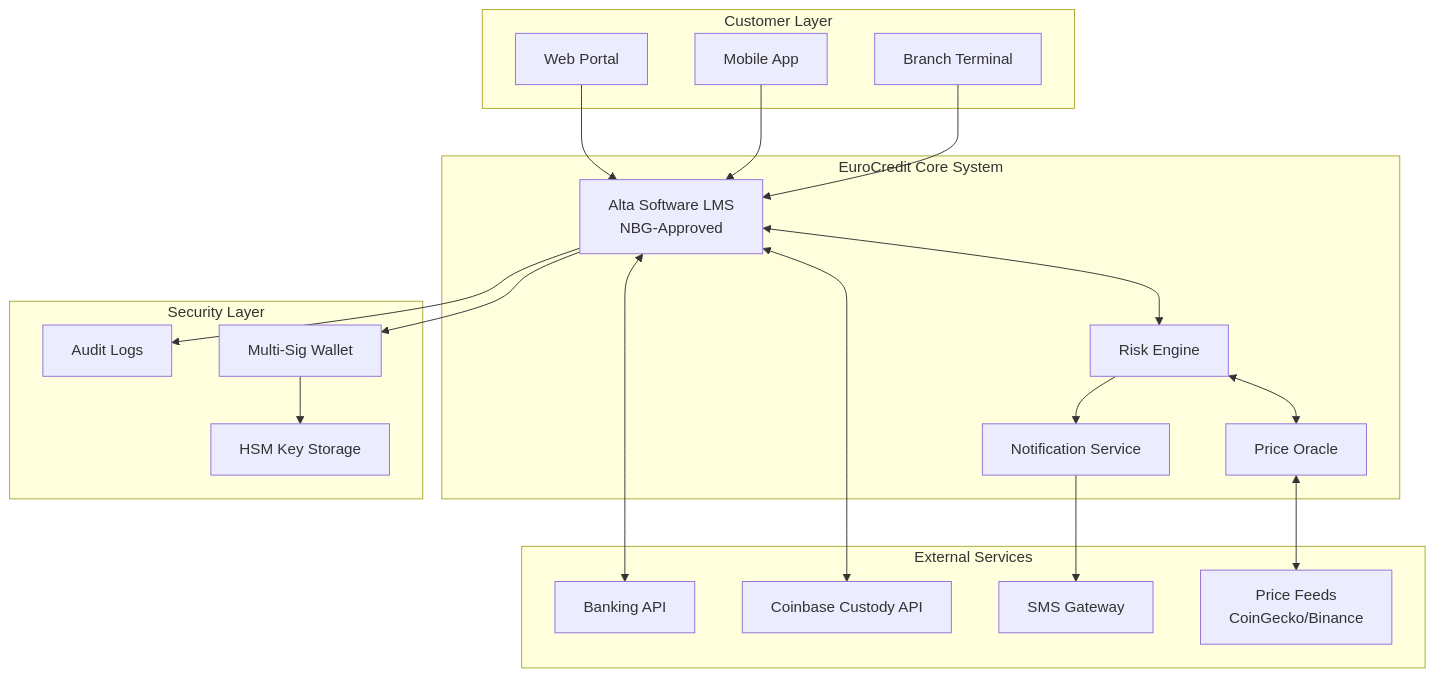
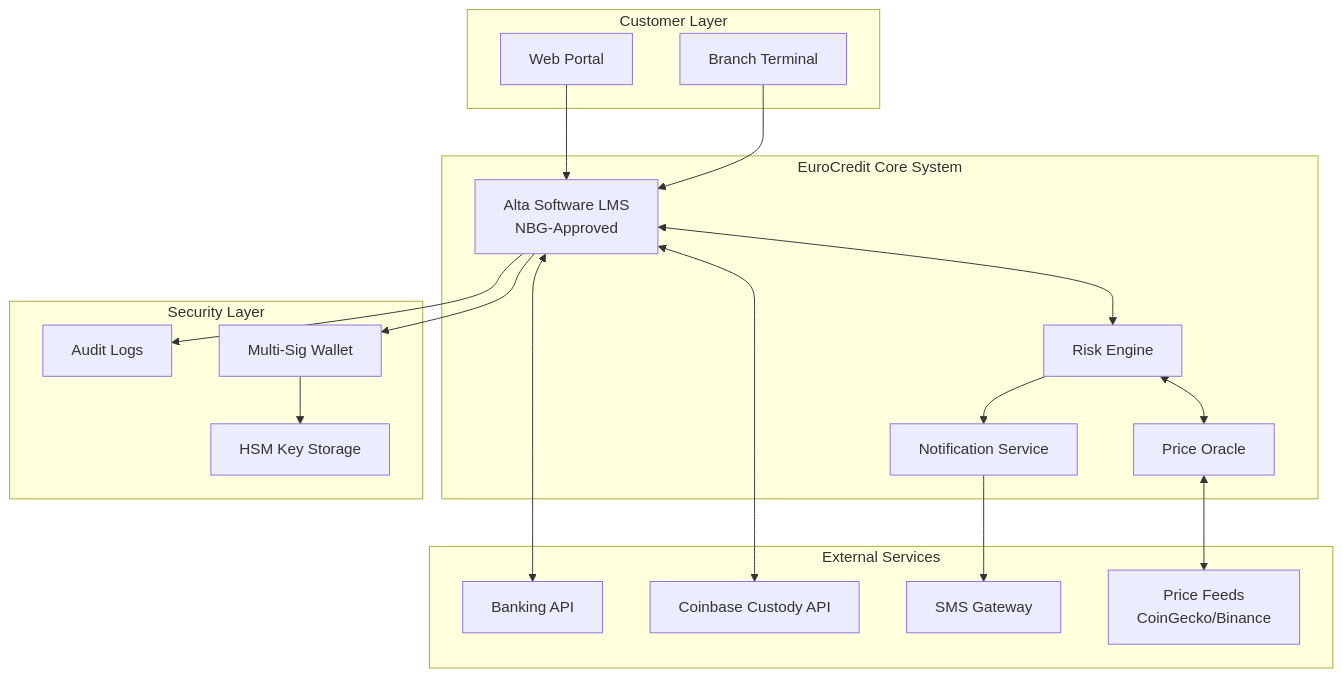
One commit to AppifySheets/eurocredit-btc-loans changed the third of 6 diagrams in btc-loans-proposal.md. Above: the diagram before and after it, drawn with Mermaid. The commit also changed other lines of this file, not shown here.

First line of the commit message:
Remove mobile app references from the proposal

````diff
--- a/btc-loans-proposal.md
+++ b/btc-loans-proposal.md
@@ -168,42 +168,40 @@
 ```mermaid
 graph TB
     subgraph Customer Layer
         A[Web Portal]
-        B[Mobile App]
         C[Branch Terminal]
     end
     
     subgraph EuroCredit Core System
         D[Alta Software LMS<br/>NBG-Approved]
         E[Risk Engine]
         F[Price Oracle]
         G[Notification Service]
     end
     
     subgraph External Services
         H[Coinbase Custody API]
         I[Price Feeds<br/>CoinGecko/Binance]
         J[Banking API]
         K[SMS Gateway]
     end
     
     subgraph Security Layer
         L[Multi-Sig Wallet]
         M[HSM Key Storage]
         N[Audit Logs]
     end
     
     A --> D
-    B --> D
     C --> D
     D <--> E
     E <--> F
     F <--> I
     D <--> H
     D <--> J
     G --> K
     E --> G
     D --> L
     L --> M
     D --> N
 ```
````
